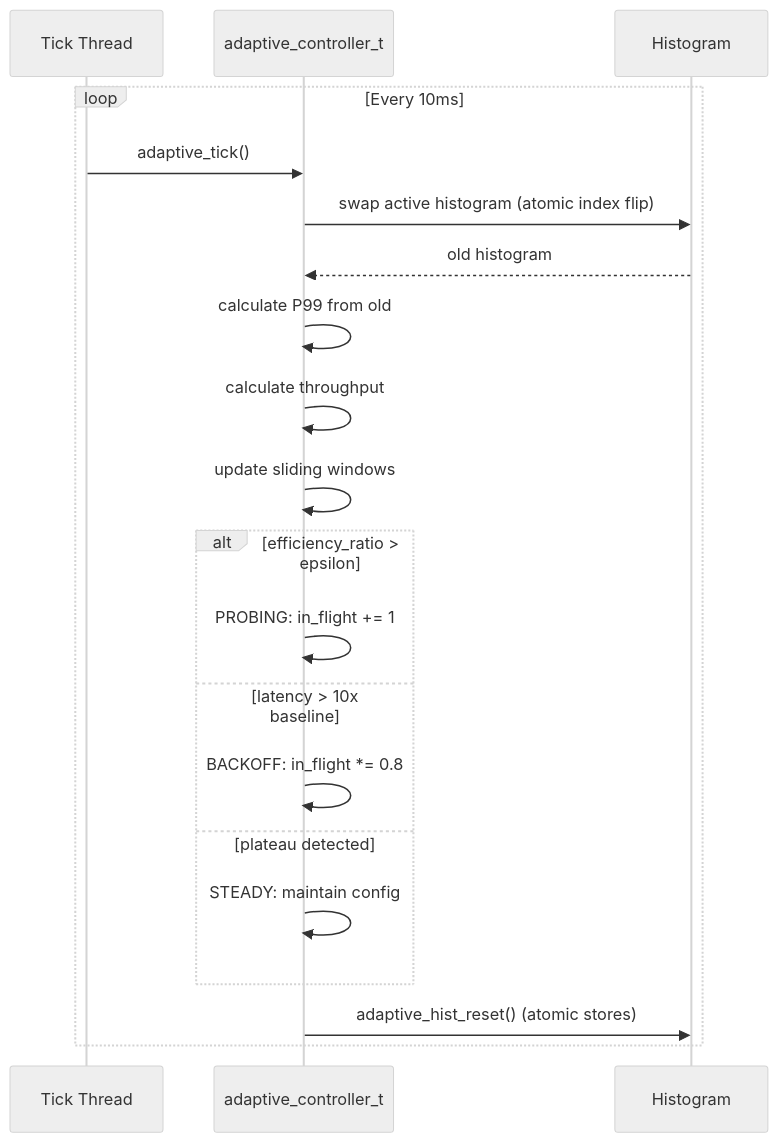
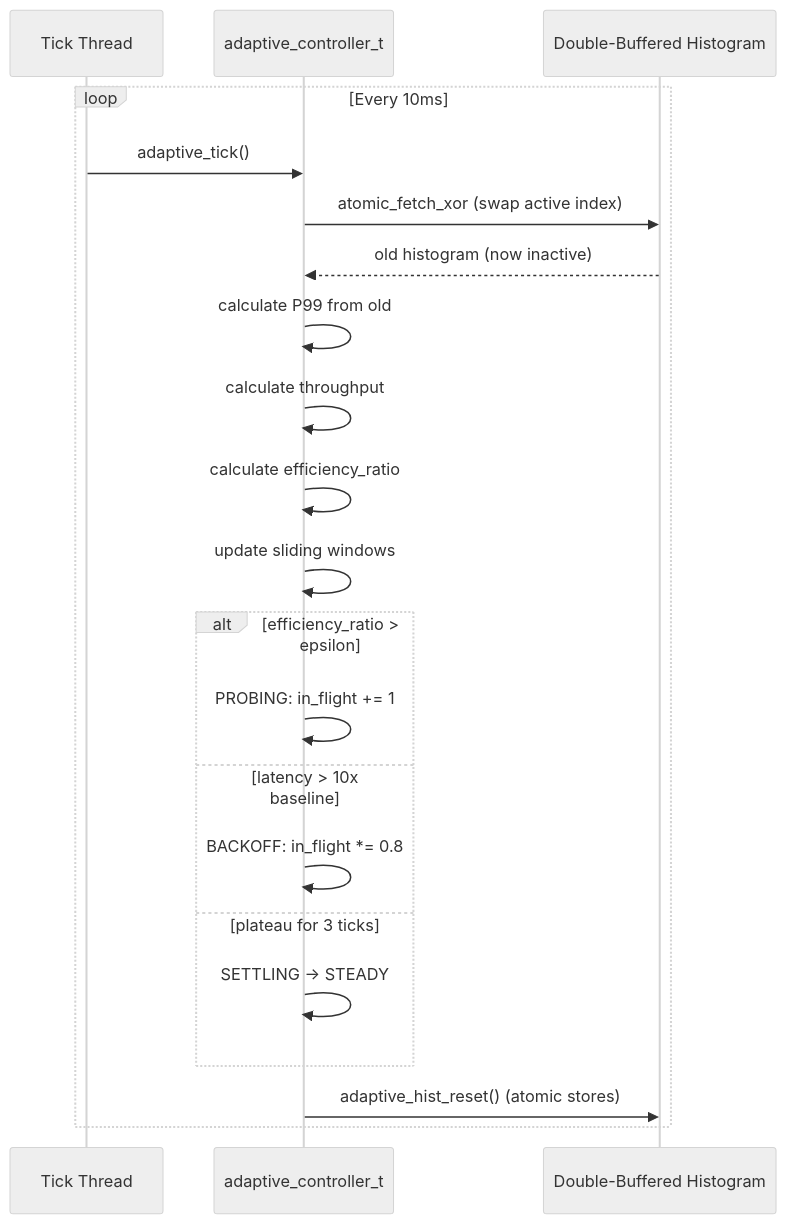
One commit to Par-B/AuraIO changed the fourth of 5 diagrams in docs/CODEBASE_MAP.md. Above: the diagram before and after it, drawn with Mermaid (neutral theme). The commit also changed other lines of this file and 3 other files, not shown here.

````diff
--- a/docs/CODEBASE_MAP.md
+++ b/docs/CODEBASE_MAP.md
@@ -661,25 +717,26 @@
 ```mermaid
 sequenceDiagram
     participant Tick as Tick Thread
     participant Ctrl as adaptive_controller_t
-    participant Hist as Histogram
+    participant Hist as Double-Buffered Histogram
 
     loop Every 10ms
         Tick->>Ctrl: adaptive_tick()
-        Ctrl->>Hist: swap active histogram (atomic index flip)
-        Hist-->>Ctrl: old histogram
+        Ctrl->>Hist: atomic_fetch_xor (swap active index)
+        Hist-->>Ctrl: old histogram (now inactive)
         Ctrl->>Ctrl: calculate P99 from old
         Ctrl->>Ctrl: calculate throughput
+        Ctrl->>Ctrl: calculate efficiency_ratio
         Ctrl->>Ctrl: update sliding windows
 
         alt efficiency_ratio > epsilon
             Ctrl->>Ctrl: PROBING: in_flight += 1
         else latency > 10x baseline
             Ctrl->>Ctrl: BACKOFF: in_flight *= 0.8
-        else plateau detected
-            Ctrl->>Ctrl: STEADY: maintain config
+        else plateau for 3 ticks
+            Ctrl->>Ctrl: SETTLING → STEADY
         end
 
         Ctrl->>Hist: adaptive_hist_reset() (atomic stores)
     end
 ```
````
